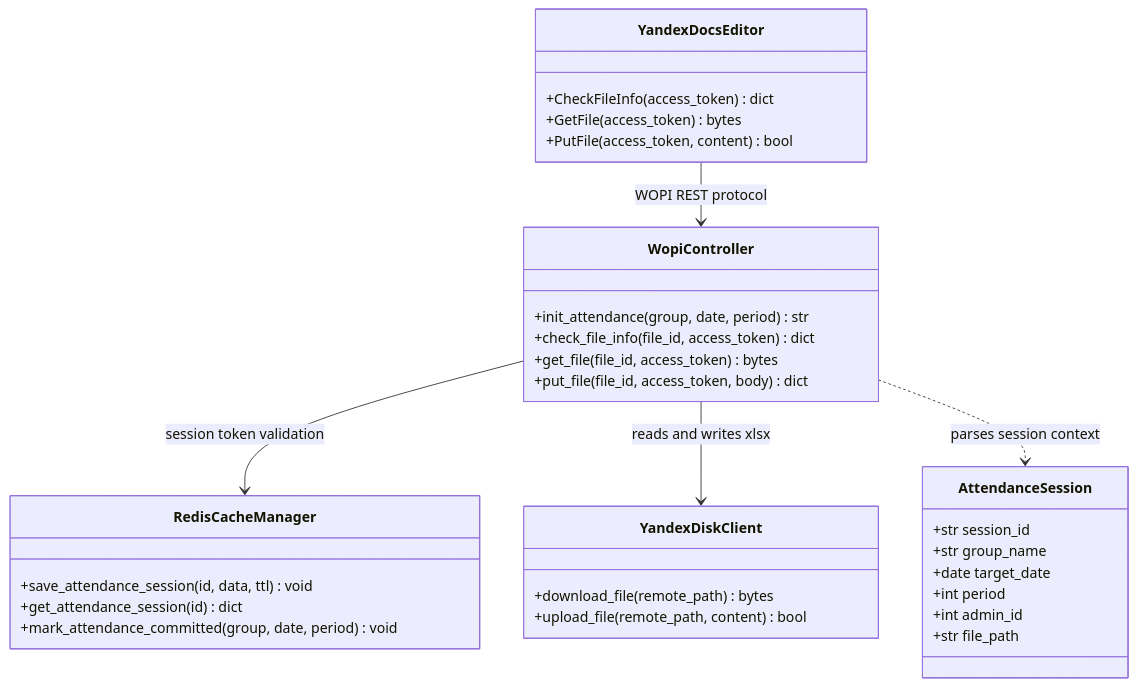
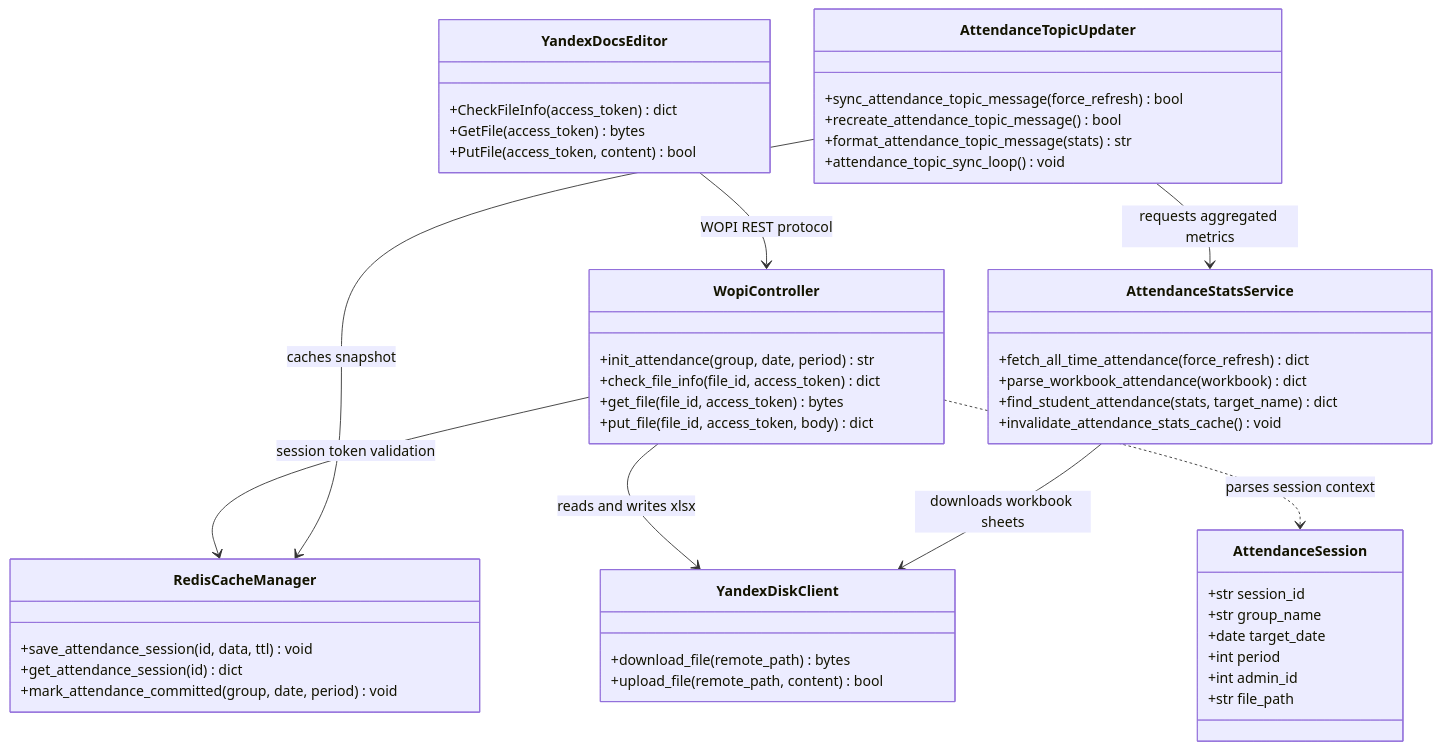
The sixth of 7 diagrams in docs/UML.md (Utkautka1/para), drawn with Mermaid before and after one commit. The commit also changed other lines of this file and 11 other files, not shown here.

````diff
--- a/docs/UML.md
+++ b/docs/UML.md
@@ -445,42 +445,59 @@
 ```mermaid
 classDiagram
     direction TB
 
     class AttendanceSession {
         +str session_id
         +str group_name
         +date target_date
         +int period
         +int admin_id
         +str file_path
     }
 
     class WopiController {
         +init_attendance(group, date, period) str
         +check_file_info(file_id, access_token) dict
         +get_file(file_id, access_token) bytes
         +put_file(file_id, access_token, body) dict
     }
 
     class RedisCacheManager {
         +save_attendance_session(id, data, ttl) void
         +get_attendance_session(id) dict
         +mark_attendance_committed(group, date, period) void
     }
 
     class YandexDiskClient {
         +download_file(remote_path) bytes
         +upload_file(remote_path, content) bool
     }
 
     class YandexDocsEditor {
         +CheckFileInfo(access_token) dict
         +GetFile(access_token) bytes
         +PutFile(access_token, content) bool
     }
 
+    class AttendanceStatsService {
+        +fetch_all_time_attendance(force_refresh) dict
+        +parse_workbook_attendance(workbook) dict
+        +find_student_attendance(stats, target_name) dict
+        +invalidate_attendance_stats_cache() void
+    }
+
+    class AttendanceTopicUpdater {
+        +sync_attendance_topic_message(force_refresh) bool
+        +recreate_attendance_topic_message() bool
+        +format_attendance_topic_message(stats) str
+        +attendance_topic_sync_loop() void
+    }
+
     WopiController --> RedisCacheManager : session token validation
     WopiController --> YandexDiskClient : reads and writes xlsx
     WopiController ..> AttendanceSession : parses session context
     YandexDocsEditor --> WopiController : WOPI REST protocol
+    AttendanceTopicUpdater --> AttendanceStatsService : requests aggregated metrics
+    AttendanceTopicUpdater --> RedisCacheManager : caches snapshot
+    AttendanceStatsService --> YandexDiskClient : downloads workbook sheets
 ```
````
